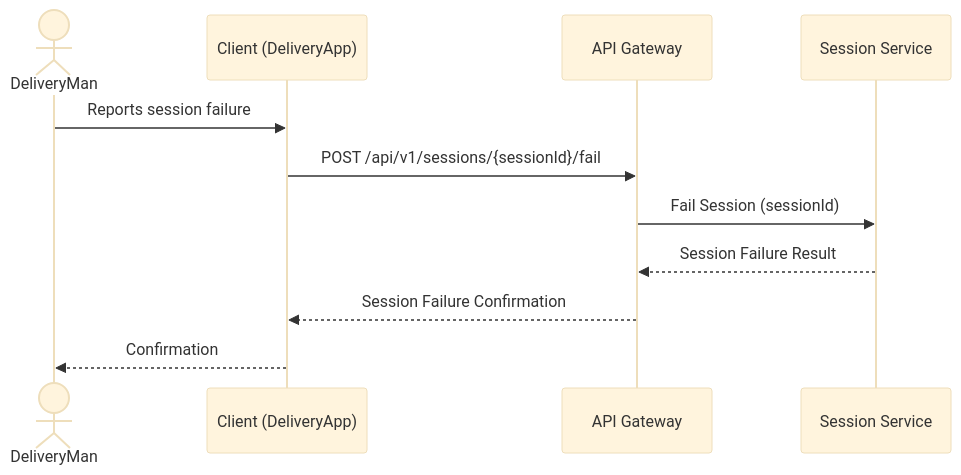
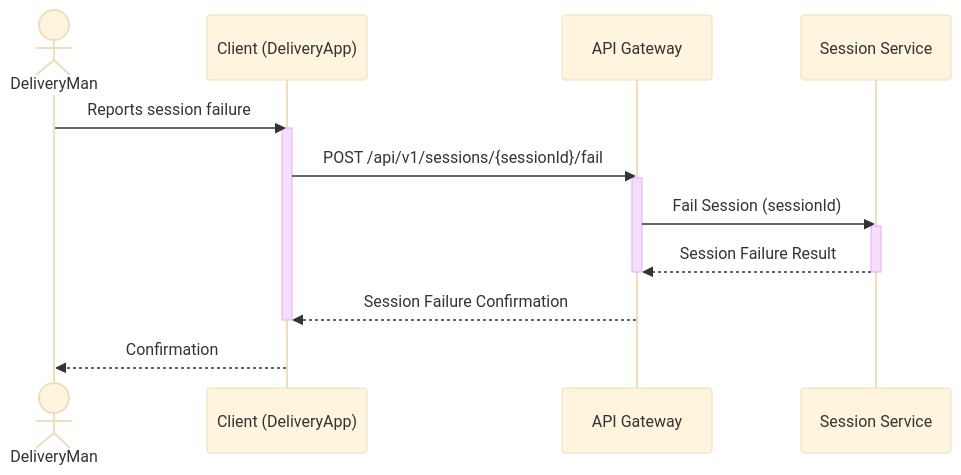
One commit to hungdev11/Delivery-Coodinating-System-And-Delivery-App changed the fifth of 5 diagrams in reports/3_APIS_AND_FUNCTIONS/diagrams/session_workflows.md. Above: the diagram before and after it, drawn with Mermaid (base theme). The commit also changed other lines of this file and 11 other files, not shown here.

Commit message:
add processing bar for sequence diagram

````diff
--- a/reports/3_APIS_AND_FUNCTIONS/diagrams/session_workflows.md
+++ b/reports/3_APIS_AND_FUNCTIONS/diagrams/session_workflows.md
@@ -83,14 +103,20 @@
 ```mermaid
 sequenceDiagram
     actor DeliveryMan
     participant Client as Client (DeliveryApp)
     participant APIGateway as API Gateway
     participant SessionService as Session Service
 
     DeliveryMan->>Client: Reports session failure
+    activate Client
     Client->>APIGateway: POST /api/v1/sessions/{sessionId}/fail
+    activate APIGateway
     APIGateway->>SessionService: Fail Session (sessionId)
+    activate SessionService
     SessionService-->>APIGateway: Session Failure Result
+    deactivate SessionService
+    deactivate APIGateway
     APIGateway-->>Client: Session Failure Confirmation
+    deactivate Client
     Client-->>DeliveryMan: Confirmation
 ```
````
